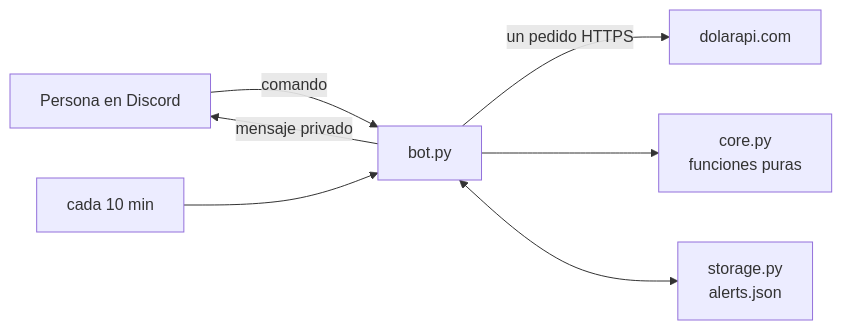
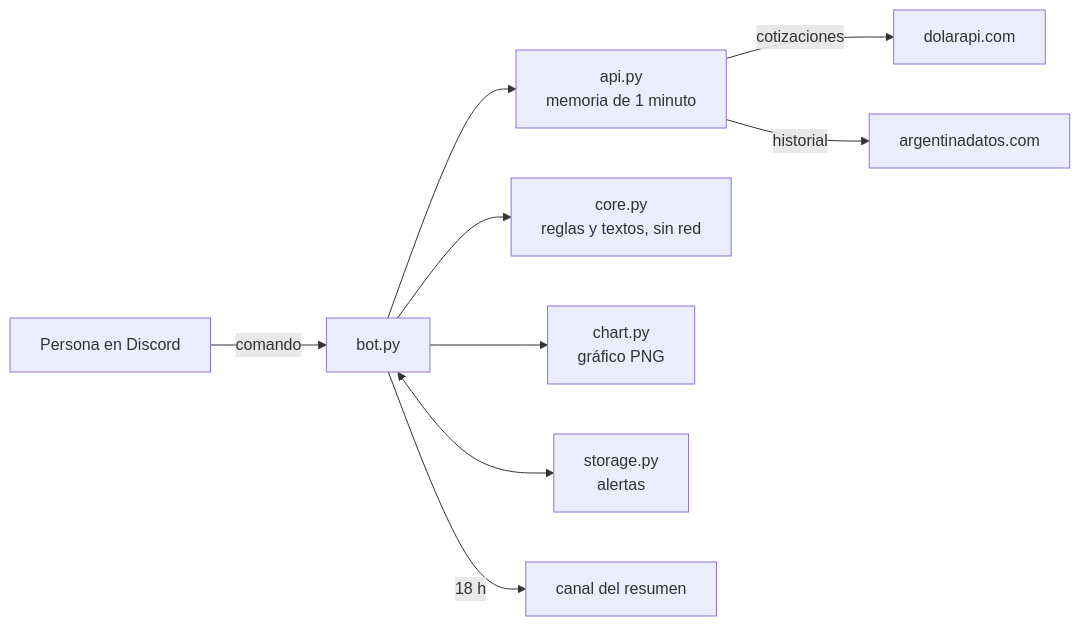
The diagram in README.es.md (bbenedev/dolar-che), drawn with Mermaid before and after one commit. The commit also changed other lines of this file and 4 other files, not shown here.

Commit message:
New logo and README for DOLAR CHE, with real output and a history chart

````diff
--- a/README.es.md
+++ b/README.es.md
@@ -91,9 +121,11 @@
 ```mermaid
 flowchart LR
   U[Persona en Discord] -- comando --> B[bot.py]
-  B -- un pedido HTTPS --> API[dolarapi.com]
-  B --> C[core.py<br/>funciones puras]
-  B <--> S[storage.py<br/>alerts.json]
-  T[cada 10 min] --> B
-  B -- mensaje privado --> U
+  B --> A[api.py<br/>memoria de 1 minuto]
+  A -- cotizaciones --> D[dolarapi.com]
+  A -- historial --> H[argentinadatos.com]
+  B --> C[core.py<br/>reglas y textos, sin red]
+  B --> G[chart.py<br/>gráfico PNG]
+  B <--> S[storage.py<br/>alertas]
+  B -- 18 h --> R[canal del resumen]
 ```
````
